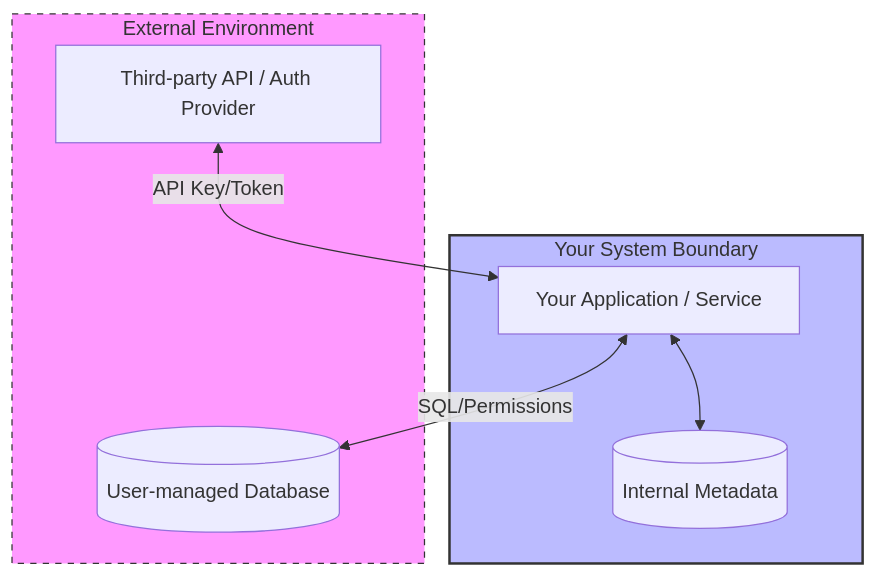
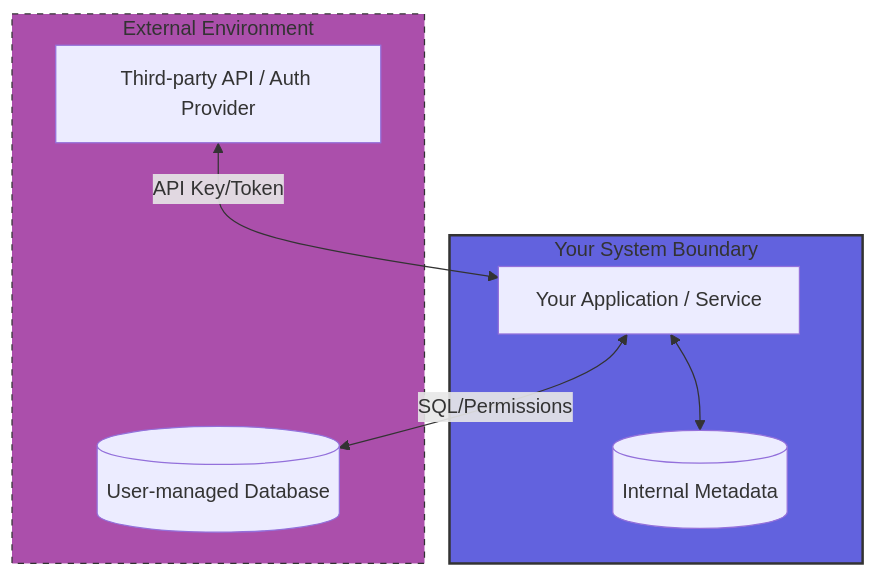
Before and after one commit to vaishvanara/techwritingkb: the diagram in docs/systems-thinking/system-boundary.md, drawn with Mermaid. The commit also changed other lines of this file, not shown here.

````diff
--- a/docs/systems-thinking/system-boundary.md
+++ b/docs/systems-thinking/system-boundary.md
@@ -39,19 +39,19 @@
 ```mermaid
 graph TD
     subgraph External_Environment [External Environment]
         ThirdParty[Third-party API / Auth Provider]
         UserDB[(User-managed Database)]
     end
 
     subgraph System_Boundary [Your System Boundary]
         App[Your Application / Service]
         InternalDB[(Internal Metadata)]
     end
 
     ThirdParty <-->|API Key/Token| App
     App <-->|SQL/Permissions| UserDB
     App <--> InternalDB
 
-    style External_Environment fill:#f9f,stroke:#333,stroke-dasharray: 5 5
-    style System_Boundary fill:#bbf,stroke:#333,stroke-width:2px
+    style External_Environment fill:#AB4FAB,stroke:#333,stroke-dasharray: 5 5
+    style System_Boundary fill:#6262DE,stroke:#333,stroke-width:2px
 ```
````
